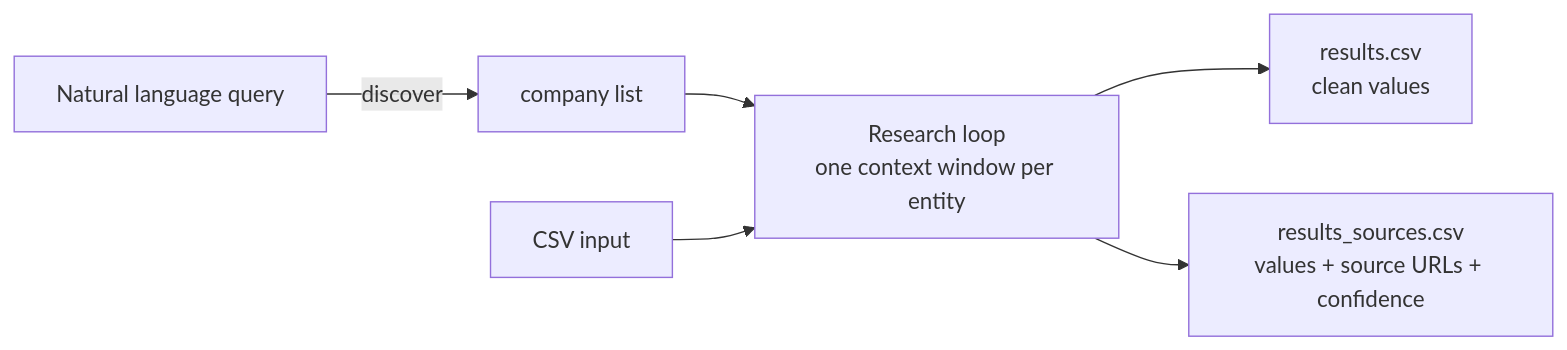
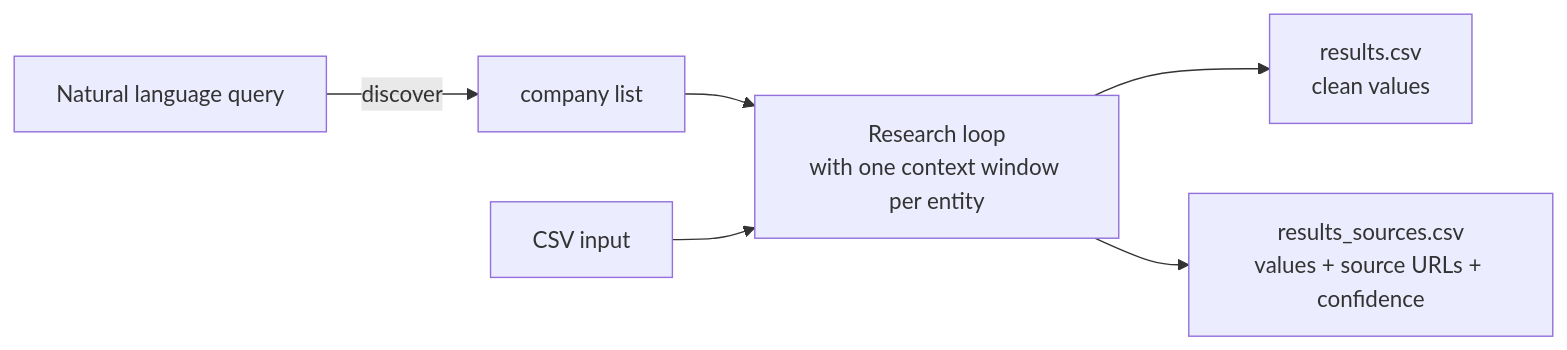
One commit to dhegde11/healthtech-intel changed the diagram in README.md. Above: the diagram before and after it, drawn with Mermaid. The commit also changed other lines of this file and 16 other files, not shown here.

````diff
--- a/README.md
+++ b/README.md
@@ -13,8 +13,8 @@
 ```mermaid
 flowchart LR
     A["Natural language query"] -->|discover| B["company list"]
-    B --> C["Research loop<br/>one context window per entity"]
+    B --> C["Research loop<br/>with one context window per entity"]
     D["CSV input"] --> C
     C --> E["results.csv<br/>clean values"]
     C --> F["results_sources.csv<br/>values + source URLs + confidence"]
 ```
````
